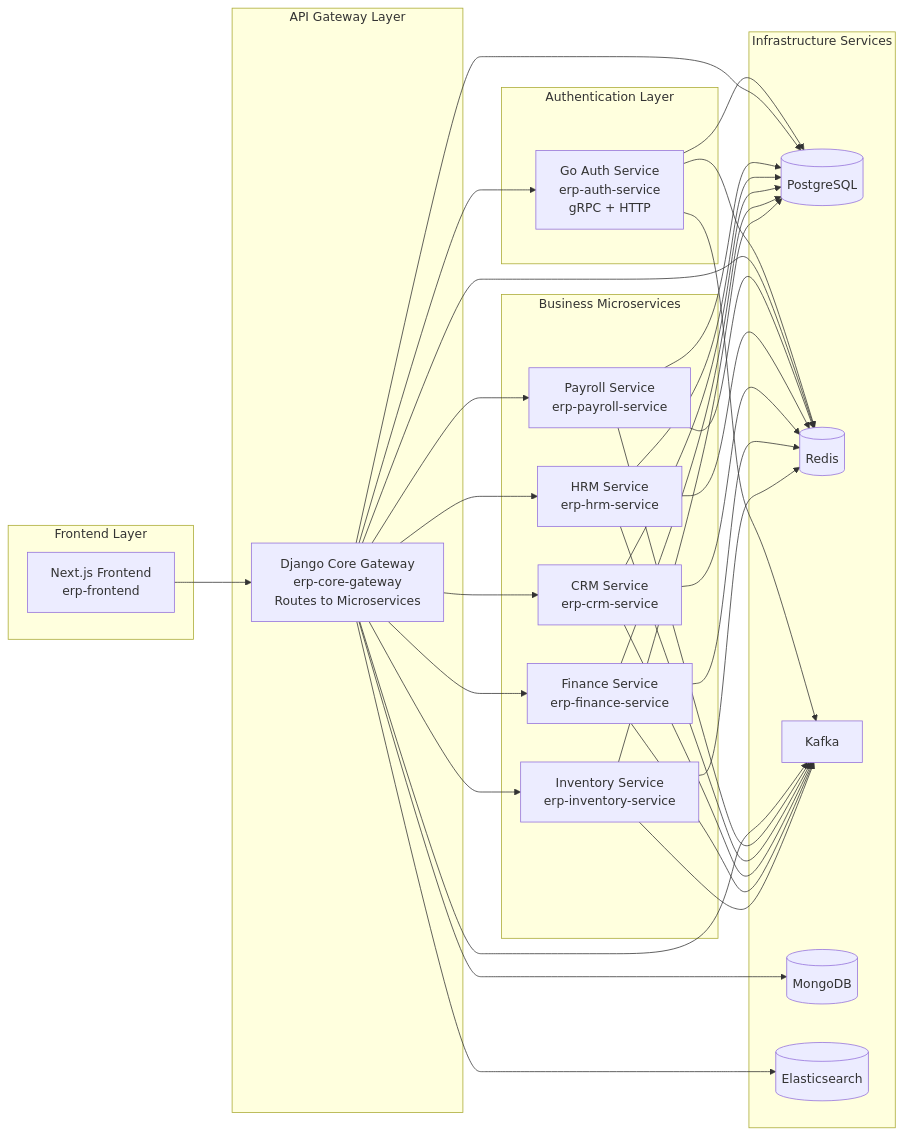
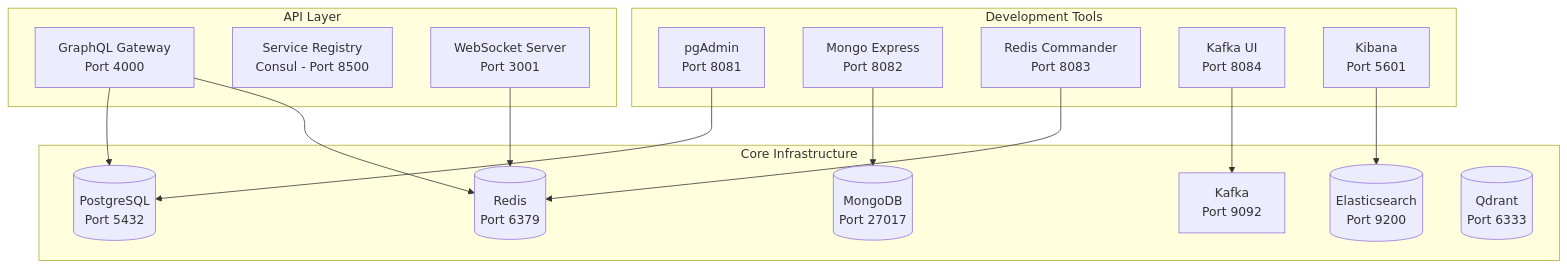
One commit to azad25/erp-suite-infrastructure changed the diagram in README.md. Above: the diagram before and after it, drawn with Mermaid. The commit also changed other lines of this file and 2 other files, not shown here.

````diff
--- a/README.md
+++ b/README.md
@@ -589,68 +226,34 @@
 ```mermaid
-graph LR
-    subgraph "Frontend Layer"
-        FRONTEND[Next.js Frontend<br/>erp-frontend]
+graph TB
+    subgraph "API Layer"
+        GQL[GraphQL Gateway<br/>Port 4000]
+        CONSUL[Service Registry<br/>Consul - Port 8500]
+        WS[WebSocket Server<br/>Port 3001]
     end
     
-    subgraph "API Gateway Layer"
-        GATEWAY[Django Core Gateway<br/>erp-core-gateway<br/>Routes to Microservices]
+    subgraph "Core Infrastructure"
+        PG[(PostgreSQL<br/>Port 5432)]
+        MONGO[(MongoDB<br/>Port 27017)]
+        REDIS[(Redis<br/>Port 6379)]
+        KAFKA[Kafka<br/>Port 9092]
+        ES[(Elasticsearch<br/>Port 9200)]
+        QDRANT[(Qdrant<br/>Port 6333)]
     end
     
-    subgraph "Authentication Layer"
-        AUTH_SERVICE[Go Auth Service<br/>erp-auth-service<br/>gRPC + HTTP]
+    subgraph "Development Tools"
+        PGADMIN[pgAdmin<br/>Port 8081]
+        MONGOEXP[Mongo Express<br/>Port 8082]
+        REDISCMD[Redis Commander<br/>Port 8083]
+        KAFKAUI[Kafka UI<br/>Port 8084]
+        KIBANA[Kibana<br/>Port 5601]
     end
     
-    subgraph "Business Microservices"
-        PAYROLL[Payroll Service<br/>erp-payroll-service]
-        HRM[HRM Service<br/>erp-hrm-service]
-        CRM[CRM Service<br/>erp-crm-service]
-        FINANCE[Finance Service<br/>erp-finance-service]
-        INVENTORY[Inventory Service<br/>erp-inventory-service]
-    end
-    
-    subgraph "Infrastructure Services"
-        POSTGRES[(PostgreSQL)]
-        REDIS[(Redis)]
-        KAFKA[Kafka]
-        MONGODB[(MongoDB)]
-        ELASTICSEARCH[(Elasticsearch)]
-    end
-    
-    FRONTEND --> GATEWAY
-    GATEWAY --> AUTH_SERVICE
-    GATEWAY --> PAYROLL
-    GATEWAY --> HRM
-    GATEWAY --> CRM
-    GATEWAY --> FINANCE
-    GATEWAY --> INVENTORY
-    
-    AUTH_SERVICE --> POSTGRES
-    AUTH_SERVICE --> REDIS
-    AUTH_SERVICE --> KAFKA
-    
-    GATEWAY --> POSTGRES
-    GATEWAY --> REDIS
-    GATEWAY --> KAFKA
-    GATEWAY --> MONGODB
-    GATEWAY --> ELASTICSEARCH
-    
-    PAYROLL --> POSTGRES
-    PAYROLL --> REDIS
-    PAYROLL --> KAFKA
-    
-    HRM --> POSTGRES
-    HRM --> REDIS
-    HRM --> KAFKA
-    
-    CRM --> POSTGRES
-    CRM --> REDIS
-    CRM --> KAFKA
-    
-    FINANCE --> POSTGRES
-    FINANCE --> REDIS
-    FINANCE --> KAFKA
-    
-    INVENTORY --> POSTGRES
-    INVENTORY --> REDIS
-    INVENTORY --> KAFKA
+    GQL --> PG
+    GQL --> REDIS
+    WS --> REDIS
+    KIBANA --> ES
+    PGADMIN --> PG
+    MONGOEXP --> MONGO
+    REDISCMD --> REDIS
+    KAFKAUI --> KAFKA
 ```
````
